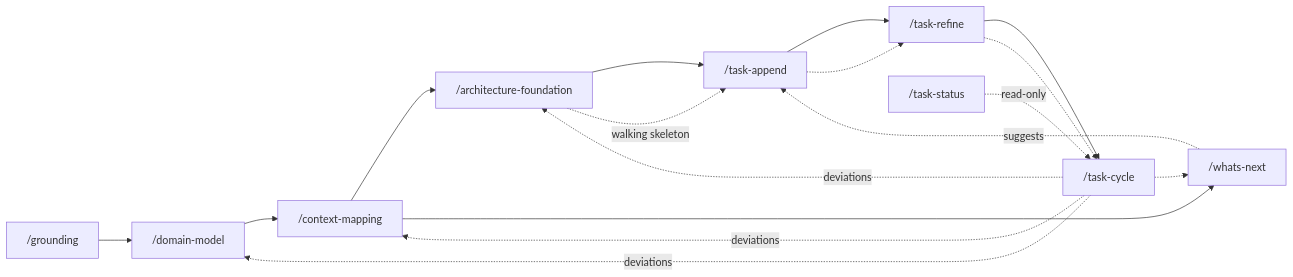
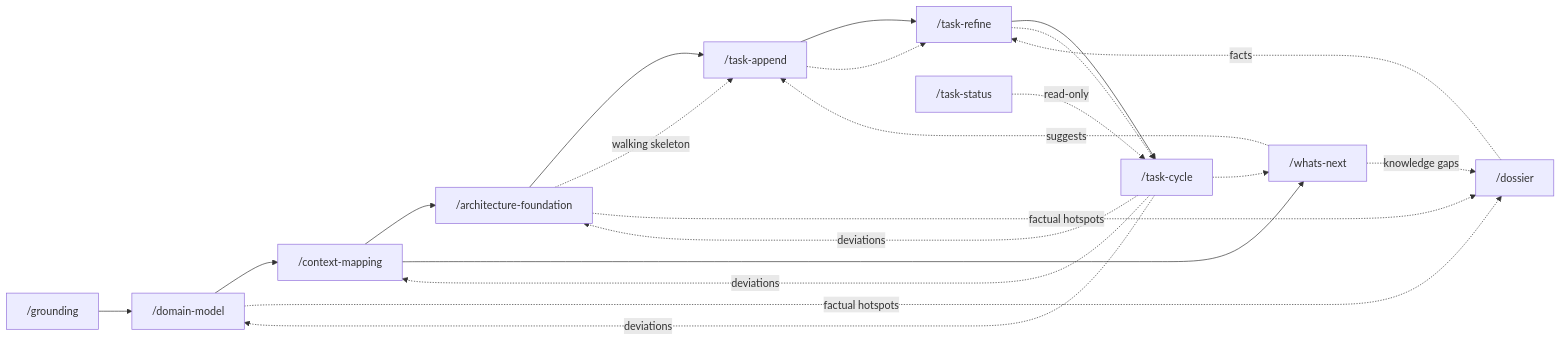
One commit to mtrense/skills changed the diagram in domain-driven/README.md. Above: the diagram before and after it, drawn with Mermaid. The commit also changed other lines of this file and 9 other files, not shown here.

````diff
--- a/domain-driven/README.md
+++ b/domain-driven/README.md
@@ -7,14 +7,18 @@
 ```mermaid
 flowchart LR
   g["/grounding"] --> dm["/domain-model"] --> cm["/context-mapping"]
   cm --> af["/architecture-foundation"] --> ap["/task-append"] --> rf["/task-refine"] --> wc["/task-cycle"]
   ap -.-> rf -.-> wc
   ts["/whats-next"] -.suggests.-> ap
   af -.walking skeleton.-> ap
+  ds["/dossier"] -.facts.-> rf
+  dm -.factual hotspots.-> ds
+  af -.factual hotspots.-> ds
+  ts -.knowledge gaps.-> ds
   cm --> ts
   wc -.-> ts
   wc -.deviations.-> dm
   wc -.deviations.-> cm
   wc -.deviations.-> af
   stat["/task-status"] -.read-only.-> wc
 ```
````
